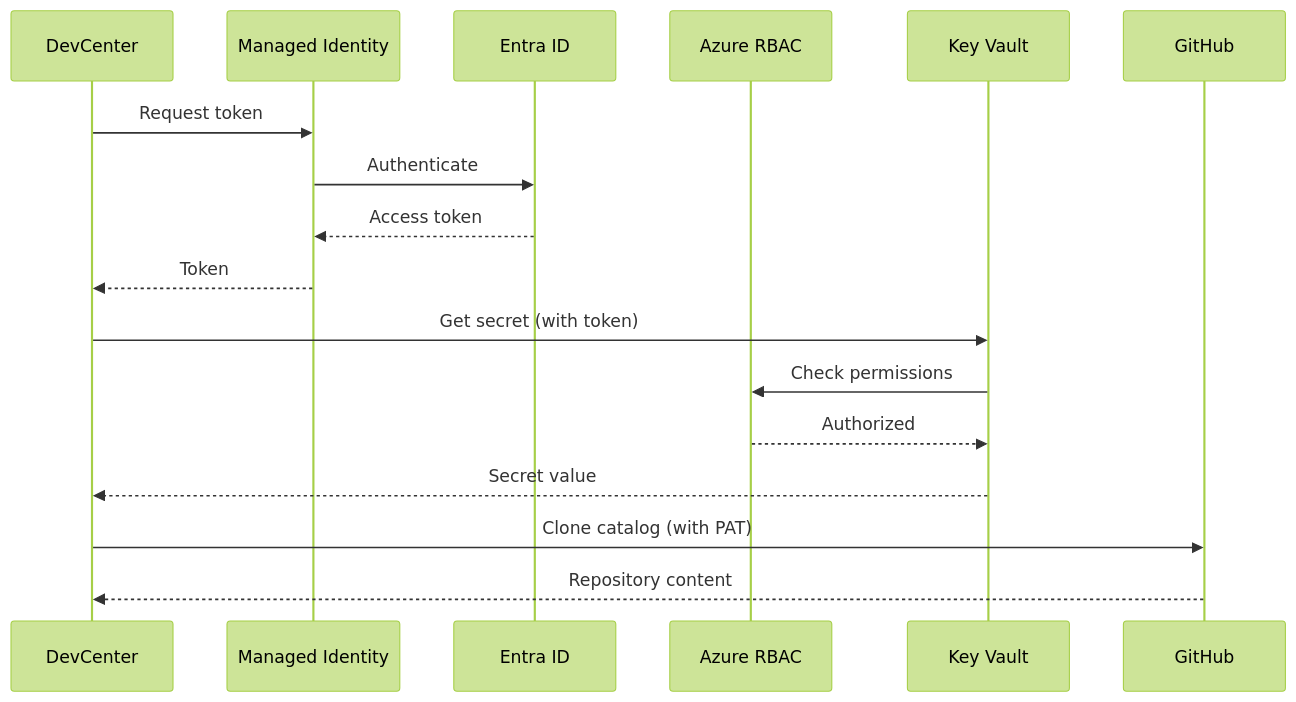
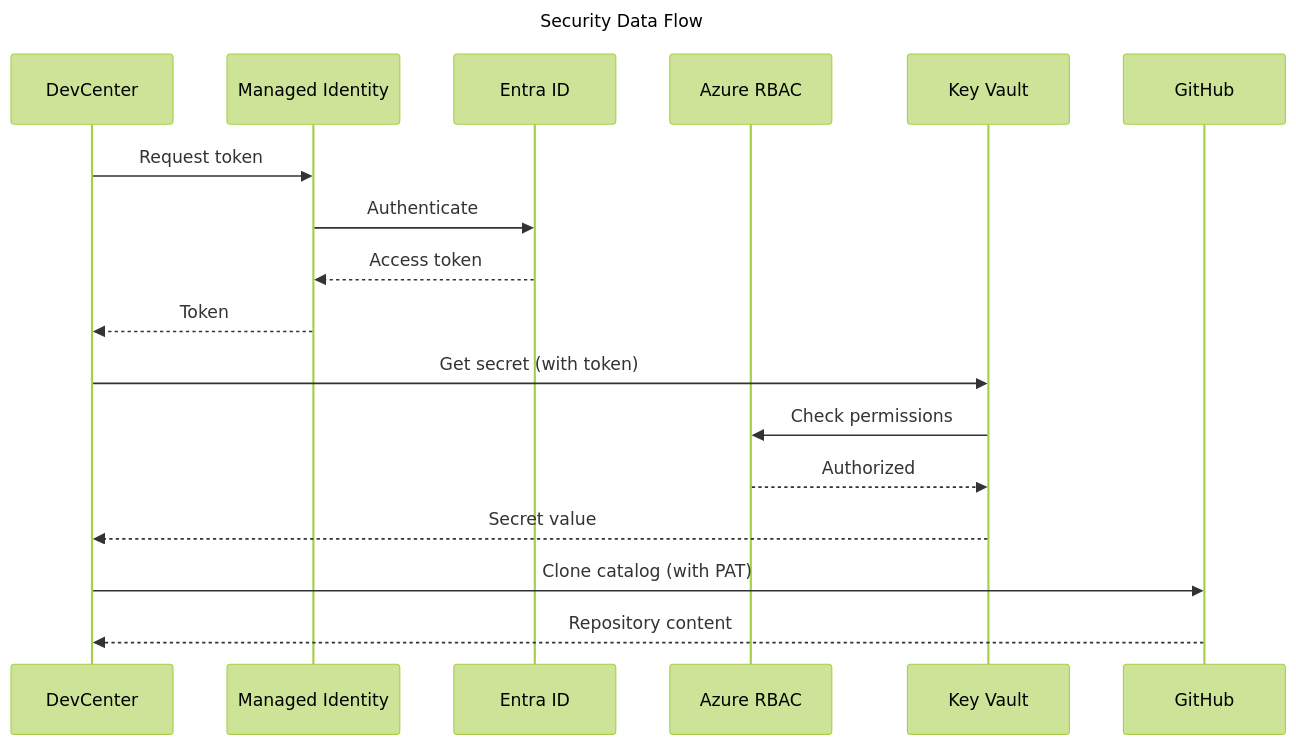
Before and after one commit to Evilazaro/DevExp-DevBox: the eighth of 14 diagrams in docs/architecture/04-technology-architecture.md, drawn with Mermaid (forest theme). The commit also changed other lines of this file, not shown here.

Commit message:
Refactor identity and role diagrams to enhance clarity and detail in the technology architecture documentation

````diff
--- a/docs/architecture/04-technology-architecture.md
+++ b/docs/architecture/04-technology-architecture.md
@@ -641,22 +712,29 @@
 ```mermaid
+---
+title: Security Data Flow
+---
 sequenceDiagram
+    %% ===== PARTICIPANTS =====
     participant DC as DevCenter
     participant MI as Managed Identity
     participant AAD as Entra ID
     participant RBAC as Azure RBAC
     participant KV as Key Vault
     participant GH as GitHub
 
+    %% ===== AUTHENTICATION FLOW =====
     DC->>MI: Request token
     MI->>AAD: Authenticate
     AAD-->>MI: Access token
     MI-->>DC: Token
 
+    %% ===== SECRET ACCESS FLOW =====
     DC->>KV: Get secret (with token)
     KV->>RBAC: Check permissions
     RBAC-->>KV: Authorized
     KV-->>DC: Secret value
 
+    %% ===== CATALOG ACCESS FLOW =====
     DC->>GH: Clone catalog (with PAT)
     GH-->>DC: Repository content
 ```
````
